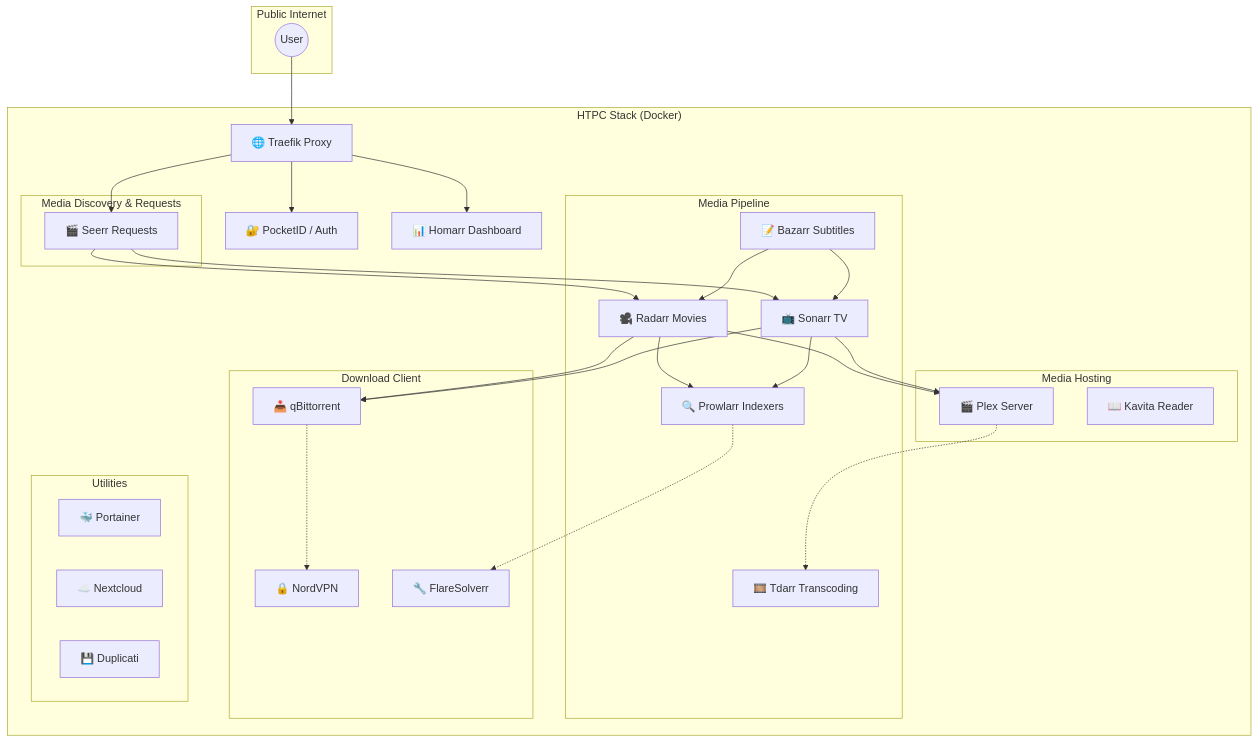
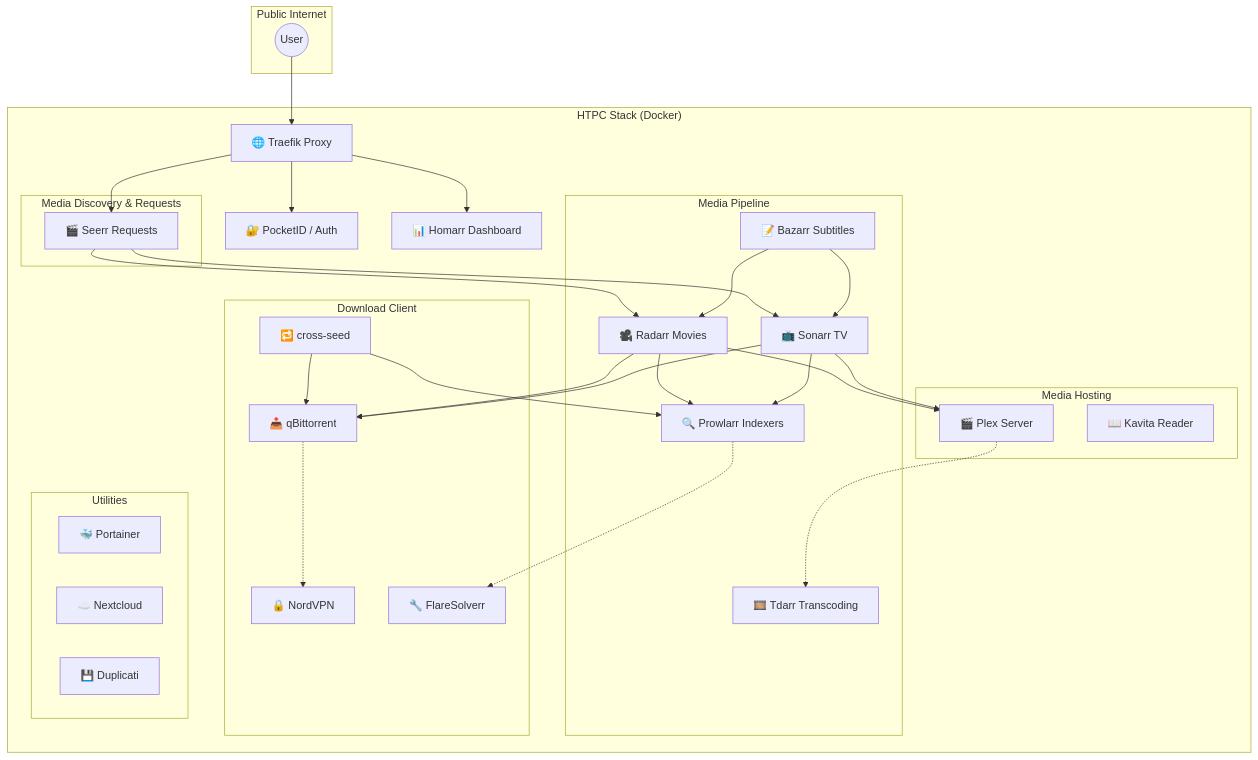
Before and after one commit to me-cedric/htpc-box-docker: the diagram in README.md, drawn with Mermaid. The commit also changed other lines of this file and 3 other files, not shown here.

Commit message:
feat: add cross-seed service

````diff
--- a/README.md
+++ b/README.md
@@ -583,66 +587,69 @@
 ```mermaid
 graph TD
     subgraph "Public Internet"
         User((User))
     end
 
     subgraph "HTPC Stack (Docker)"
         Traefik[🌐 Traefik Proxy]
         Auth[🔐 PocketID / Auth]
         Dashboard[📊 Homarr Dashboard]
         
         subgraph "Media Discovery & Requests"
             Seerr[🎬 Seerr Requests]
         end
 
         subgraph "Media Pipeline"
             Prowlarr[🔍 Prowlarr Indexers]
             Radarr[🎥 Radarr Movies]
             Sonarr[📺 Sonarr TV]
             Bazarr[📝 Bazarr Subtitles]
             Tdarr[🎞️ Tdarr Transcoding]
         end
 
         subgraph "Download Client"
             NordVPN[🔒 NordVPN]
             qBittorrent[📥 qBittorrent]
+            CrossSeed[🔁 cross-seed]
             FlareSolverr[🔧 FlareSolverr]
         end
 
         subgraph "Media Hosting"
             Plex[🎬 Plex Server]
             Kavita[📖 Kavita Reader]
         end
 
         subgraph "Utilities"
             Portainer[🐳 Portainer]
             Nextcloud[☁️ Nextcloud]
             Duplicati[💾 Duplicati]
         end
     end
 
     User --> Traefik
     Traefik --> Dashboard
     Traefik --> Seerr
     Traefik --> Auth
     
     Seerr --> Radarr
     Seerr --> Sonarr
     
     Radarr --> Prowlarr
     Sonarr --> Prowlarr
     
     Radarr --> qBittorrent
     Sonarr --> qBittorrent
+    CrossSeed --> Prowlarr
+    CrossSeed --> qBittorrent
     
     qBittorrent -.-> NordVPN
     Prowlarr -.-> FlareSolverr
     
     Bazarr --> Radarr
     Bazarr --> Sonarr
     
     Radarr --> Plex
     Sonarr --> Plex
     
     Plex -.-> Tdarr
 ```
````
